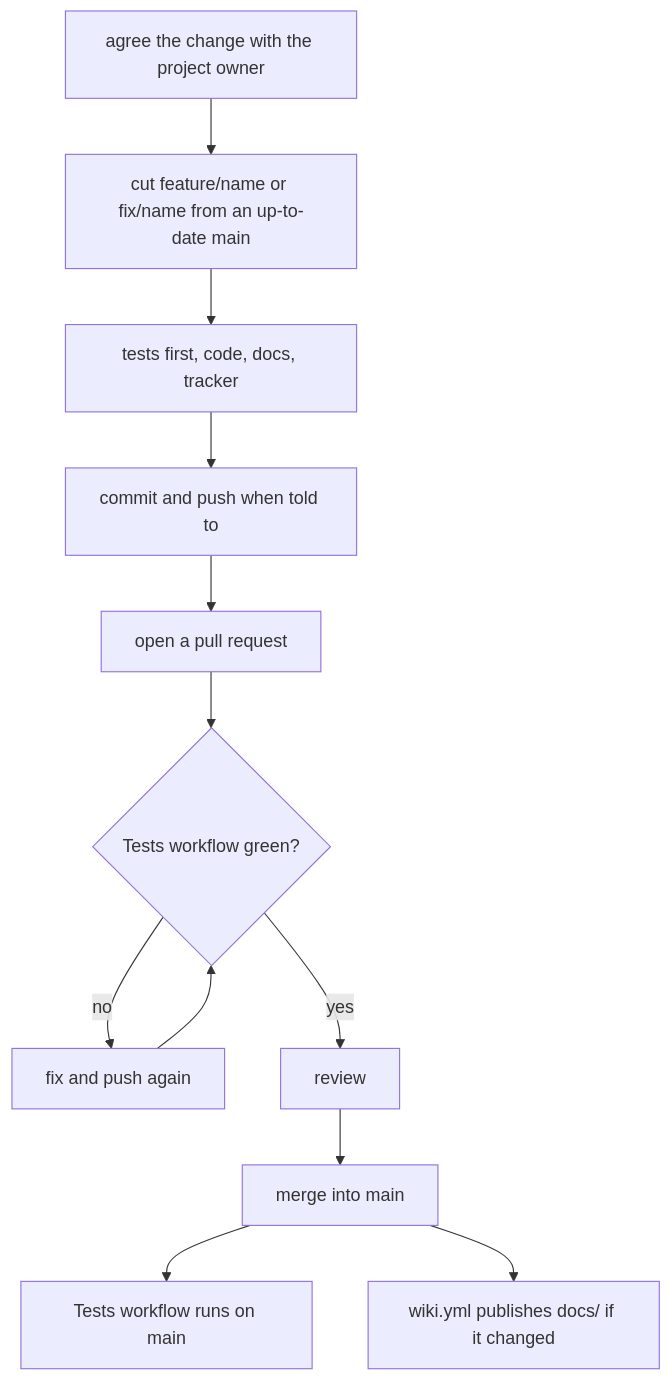
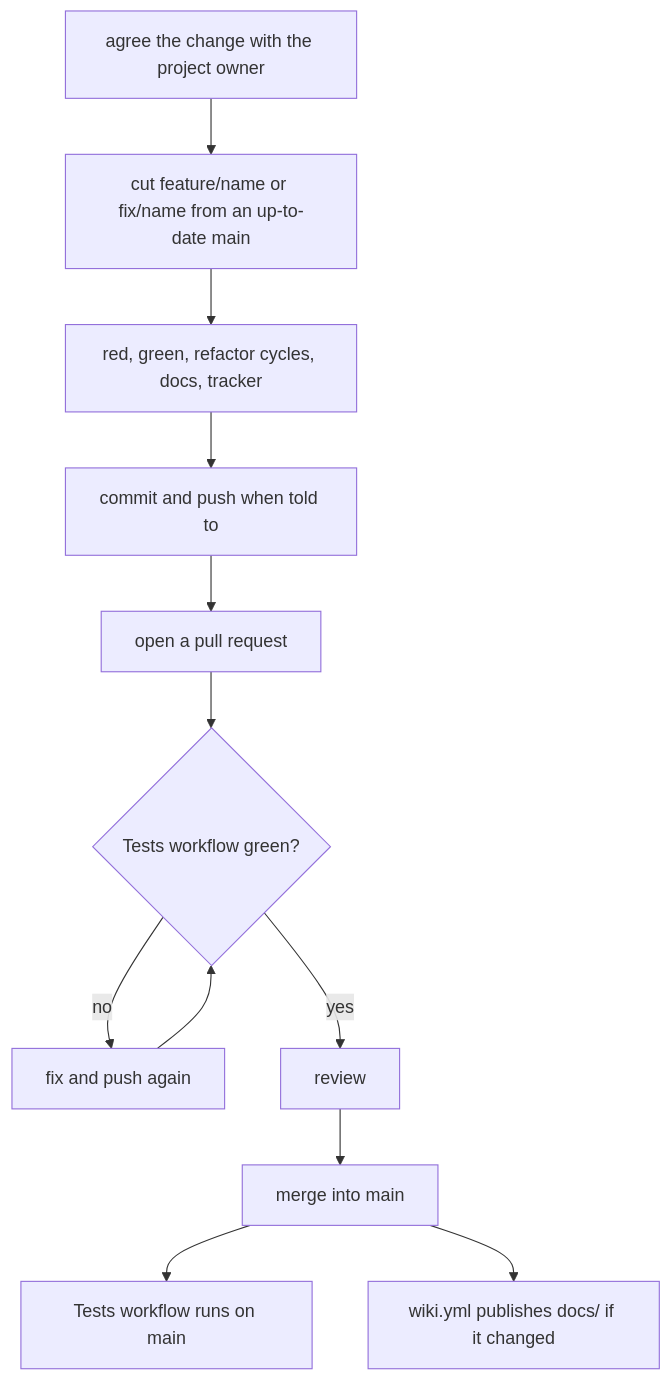
One commit to shibbirweb/al-quran-quotes-android changed the diagram in docs/Developer-Contributing.md. Above: the diagram before and after it, drawn with Mermaid. The commit also changed other lines of this file and 206 other files, not shown here.

First line of the commit message:
feat: add bottom navigation, quote CRUD with editable bundled ayahs, and a Room schema history check

````diff
--- a/docs/Developer-Contributing.md
+++ b/docs/Developer-Contributing.md
@@ -18,21 +18,21 @@
 ```mermaid
 flowchart TD
     Agree["agree the change with the project owner"]
     Branch["cut feature/name or fix/name from an up-to-date main"]
-    Work["tests first, code, docs, tracker"]
+    Work["red, green, refactor cycles, docs, tracker"]
     Commit["commit and push when told to"]
     PullRequest["open a pull request"]
     Checks{"Tests workflow green?"}
     Fix["fix and push again"]
     Review["review"]
     Merge["merge into main"]
     MainRun["Tests workflow runs on main"]
     Wiki["wiki.yml publishes docs/ if it changed"]
     Agree --> Branch --> Work --> Commit --> PullRequest --> Checks
     Checks -->|"no"| Fix
     Fix --> Checks
     Checks -->|"yes"| Review
     Review --> Merge
     Merge --> MainRun
     Merge --> Wiki
 ```
````
